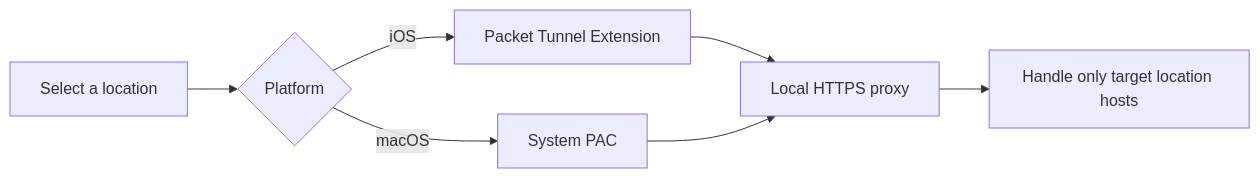
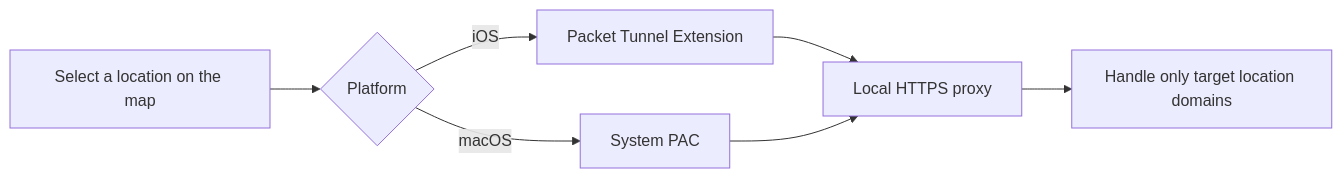
Before and after one commit to OpenHRTT/wloc: the diagram in README_EN.md, drawn with Mermaid. The commit also changed other lines of this file and 1 other file, not shown here.

````diff
--- a/README_EN.md
+++ b/README_EN.md
@@ -29,9 +19,9 @@
 ```mermaid
 flowchart LR
-    A["Select a location"] --> B{"Platform"}
+    A["Select a location on the map"] --> B{"Platform"}
     B -->|"iOS"| C["Packet Tunnel Extension"]
     B -->|"macOS"| D["System PAC"]
     C --> E["Local HTTPS proxy"]
     D --> E
-    E --> F["Handle only target location hosts"]
+    E --> F["Handle only target location domains"]
 ```
````
